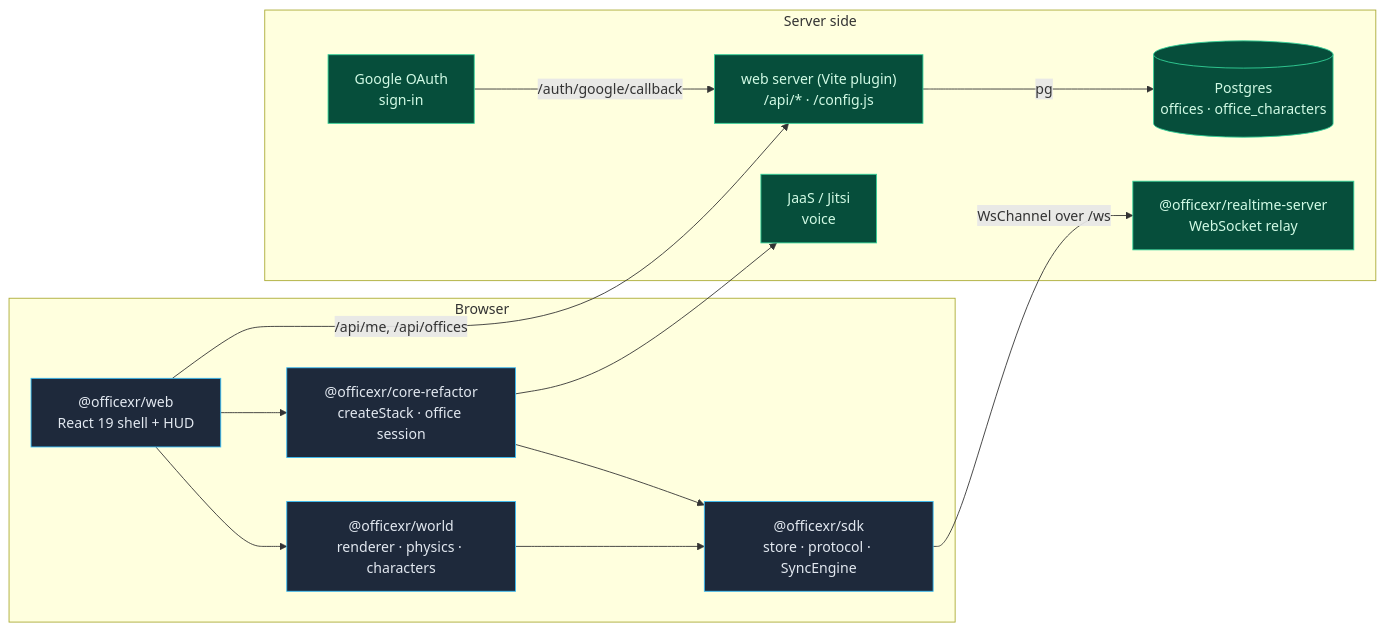
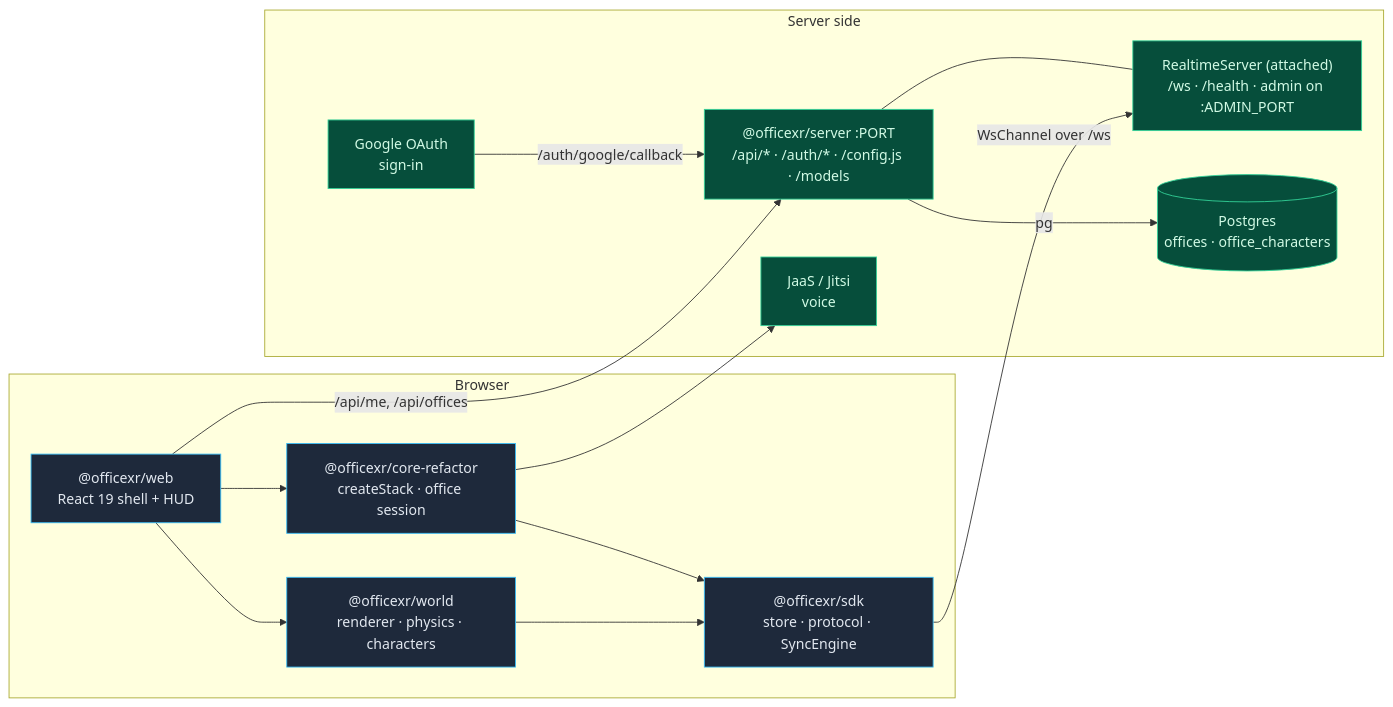
One commit to ryscheng/officexr changed the first of 2 diagrams in ARCHITECTURE.md. Above: the diagram before and after it, drawn with Mermaid. The commit also changed other lines of this file and 36 other files, not shown here.

First line of the commit message:
Extract the web backend into a standalone @officexr/server with in-process realtime (#158)

````diff
--- a/ARCHITECTURE.md
+++ b/ARCHITECTURE.md
@@ -15,33 +15,34 @@
 ```mermaid
 flowchart LR
     subgraph Browser["Browser"]
         WebApp["@officexr/web<br/>React 19 shell + HUD"]
         World["@officexr/world<br/>renderer · physics · characters"]
         Session["@officexr/core-refactor<br/>createStack · office session"]
         SDK["@officexr/sdk<br/>store · protocol · SyncEngine"]
     end
 
     subgraph Server["Server side"]
         Google["Google OAuth<br/>sign-in"]
-        WebServer["web server (Vite plugin)<br/>/api/* · /config.js"]
-        Realtime["@officexr/realtime-server<br/>WebSocket relay"]
+        WebServer["@officexr/server :PORT<br/>/api/* · /auth/* · /config.js · /models"]
+        Realtime["RealtimeServer (attached)<br/>/ws · /health · admin on :ADMIN_PORT"]
         PG[("Postgres<br/>offices · office_characters")]
         JaaS["JaaS / Jitsi<br/>voice"]
     end
 
     WebApp --> World
     WebApp --> Session
     Session --> SDK
     World --> SDK
 
     Google -- "/auth/google/callback" --> WebServer
     WebApp -- "/api/me, /api/offices" --> WebServer
     WebServer -- "pg" --> PG
+    WebServer --- Realtime
     SDK -- "WsChannel over /ws" --> Realtime
     Session --> JaaS
 
     classDef client fill:#1e293b,stroke:#38bdf8,color:#e2e8f0
     classDef svc fill:#064e3b,stroke:#34d399,color:#d1fae5
     class WebApp,World,Session,SDK client
     class Google,WebServer,Realtime,PG,JaaS svc
 ```
````
